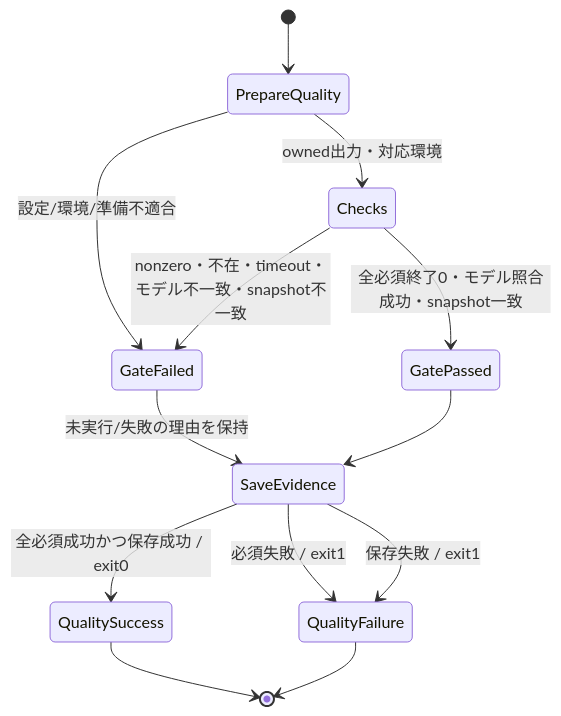
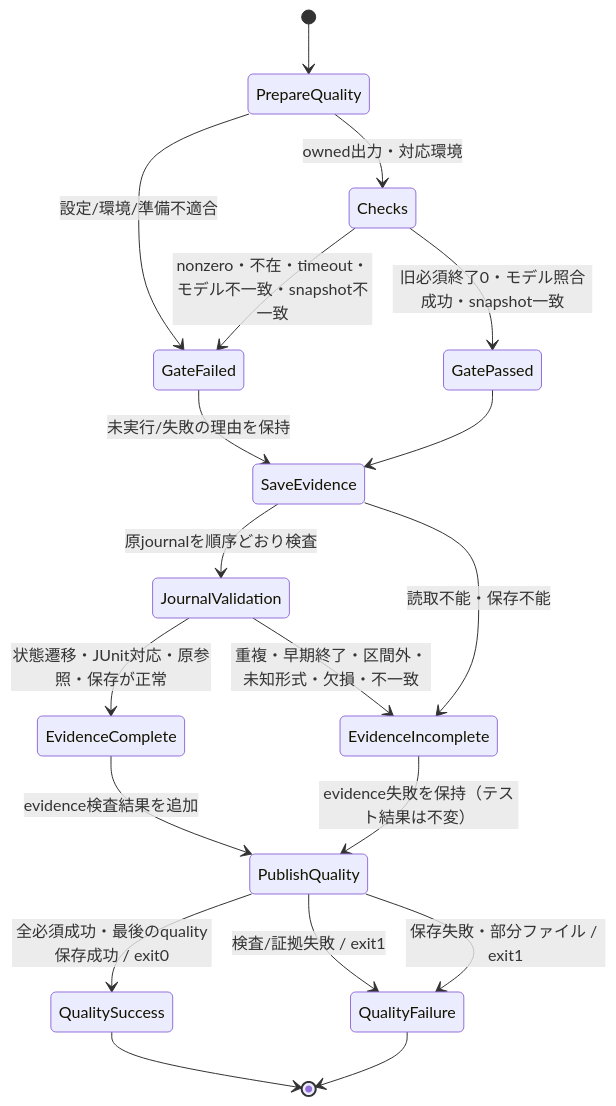
The seventh of 7 diagrams in docs/harness_architecture.md (nonnhjleno/reversi-ai), drawn with Mermaid before and after one commit. The commit also changed other lines of this file and 12 other files, not shown here.

````diff
--- a/docs/harness_architecture.md
+++ b/docs/harness_architecture.md
@@ -327,15 +340,21 @@
 ```mermaid
 stateDiagram-v2
     [*] --> PrepareQuality
     PrepareQuality --> Checks: owned出力・対応環境
     PrepareQuality --> GateFailed: 設定/環境/準備不適合
-    Checks --> GatePassed: 全必須終了0・モデル照合成功・snapshot一致
+    Checks --> GatePassed: 旧必須終了0・モデル照合成功・snapshot一致
     Checks --> GateFailed: nonzero・不在・timeout・モデル不一致・snapshot不一致
     GateFailed --> SaveEvidence: 未実行/失敗の理由を保持
     GatePassed --> SaveEvidence
-    SaveEvidence --> QualitySuccess: 全必須成功かつ保存成功 / exit0
-    SaveEvidence --> QualityFailure: 必須失敗 / exit1
-    SaveEvidence --> QualityFailure: 保存失敗 / exit1
+    SaveEvidence --> JournalValidation: 原journalを順序どおり検査
+    JournalValidation --> EvidenceComplete: 状態遷移・JUnit対応・原参照・保存が正常
+    JournalValidation --> EvidenceIncomplete: 重複・早期終了・区間外・未知形式・欠損・不一致
+    SaveEvidence --> EvidenceIncomplete: 読取不能・保存不能
+    EvidenceComplete --> PublishQuality: evidence検査結果を追加
+    EvidenceIncomplete --> PublishQuality: evidence失敗を保持（テスト結果は不変）
+    PublishQuality --> QualitySuccess: 全必須成功・最後のquality保存成功 / exit0
+    PublishQuality --> QualityFailure: 検査/証拠失敗 / exit1
+    PublishQuality --> QualityFailure: 保存失敗・部分ファイル / exit1
     QualitySuccess --> [*]
     QualityFailure --> [*]
 ```
````
